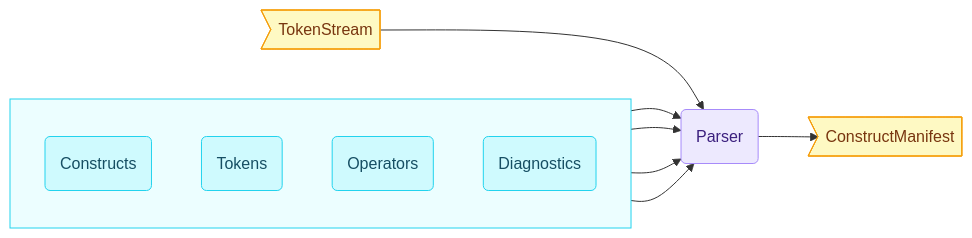
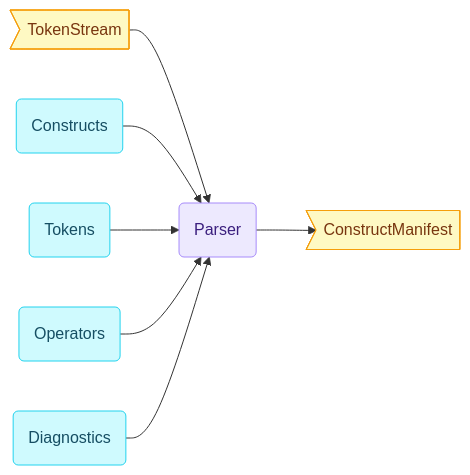
Before and after one commit to sfalik/Precept: the third of 10 diagrams in docs/compiler-and-runtime-design.md, drawn with Mermaid. The commit also changed other lines of this file, not shown here.

First line of the commit message:
docs: remove subgraph wrappers from catalog nodes in per-stage pipeline diagrams

````diff
--- a/docs/compiler-and-runtime-design.md
+++ b/docs/compiler-and-runtime-design.md
@@ -293,28 +293,23 @@
 ```mermaid
 flowchart LR
     classDef input   fill:#dbeafe,stroke:#60a5fa,color:#1e3a5f
     classDef catalog fill:#cffafe,stroke:#22d3ee,color:#164e63
     classDef stage   fill:#ede9fe,stroke:#a78bfa,color:#3b1f7e
     classDef out     fill:#fef9c3,stroke:#f59e0b,color:#78350f
 
     TS>"TokenStream"]:::out
     PAR(Parser):::stage
     OUT>"ConstructManifest"]:::out
 
-    subgraph CATS[" "]
-        direction TB
-        CCON("Constructs"):::catalog
-        CTOK("Tokens"):::catalog
-        COPR("Operators"):::catalog
-        CDIA("Diagnostics"):::catalog
-    end
-
-    style CATS fill:#ecfeff,stroke:#22d3ee,color:#164e63
+    CCON(Constructs):::catalog
+    CTOK(Tokens):::catalog
+    COPR(Operators):::catalog
+    CDIA(Diagnostics):::catalog
 
     TS --> PAR
     CCON --> PAR
     CTOK --> PAR
     COPR --> PAR
     CDIA --> PAR
     PAR --> OUT
 ```
````
